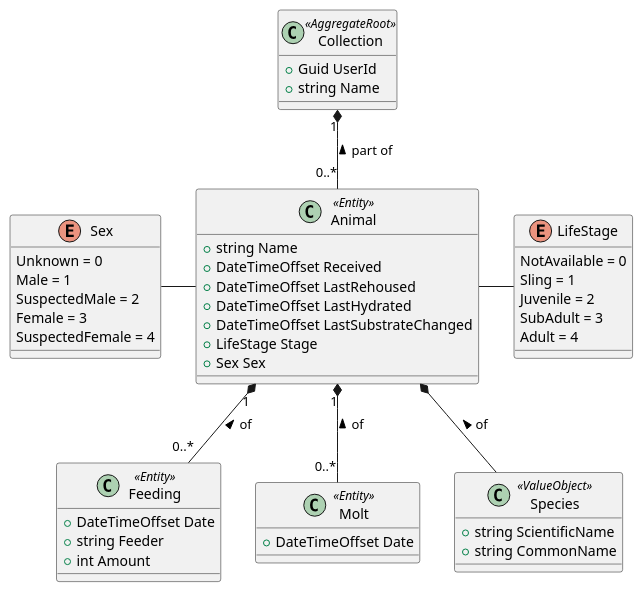
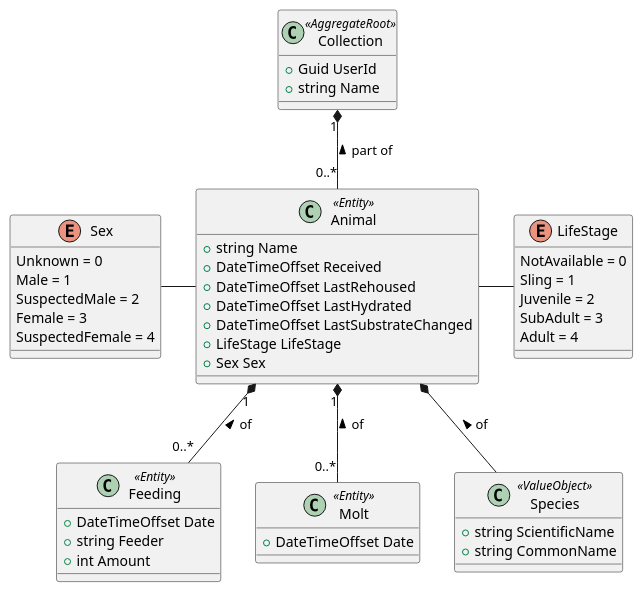
The diagram in docs/domain_model.puml (swiftybathero/EightCare), drawn with PlantUML before and after one commit. The commit also changed 5 other files, not shown here.

```diff
--- a/docs/domain_model.puml
+++ b/docs/domain_model.puml
@@ -1,59 +1,59 @@
 @startuml Domain Model
 
 ' Class definitions
 class Collection << AggregateRoot >> {
   + Guid UserId
   + string Name
 }
 
 class Animal << Entity >> {
   + string Name
   + DateTimeOffset Received
   + DateTimeOffset LastRehoused
   + DateTimeOffset LastHydrated
   + DateTimeOffset LastSubstrateChanged
-  + LifeStage Stage
+  + LifeStage LifeStage
   + Sex Sex
 }
 
 class Feeding << Entity >> {
   + DateTimeOffset Date
   + string Feeder
   + int Amount
 }
 
 class Molt << Entity >> {
   + DateTimeOffset Date
 }
 
 class Species << ValueObject >> {
   + string ScientificName
   + string CommonName
 }
 
 ' Enums
 enum LifeStage {
   NotAvailable = 0
   Sling = 1
   Juvenile = 2
   SubAdult = 3
   Adult = 4
 }
 
 enum Sex {
   Unknown = 0
   Male = 1
   SuspectedMale = 2
   Female = 3
   SuspectedFemale = 4
 }
 
 ' Relations
 Collection "1" *-- "0..*" Animal : part of <
 Animal "1" *-- "0..*" Feeding : of <
 Animal "1" *-- "0..*" Molt : of <
 Animal *-- Species : of <
 Animal -right- LifeStage
 Animal -left- Sex
 
 @enduml
```
